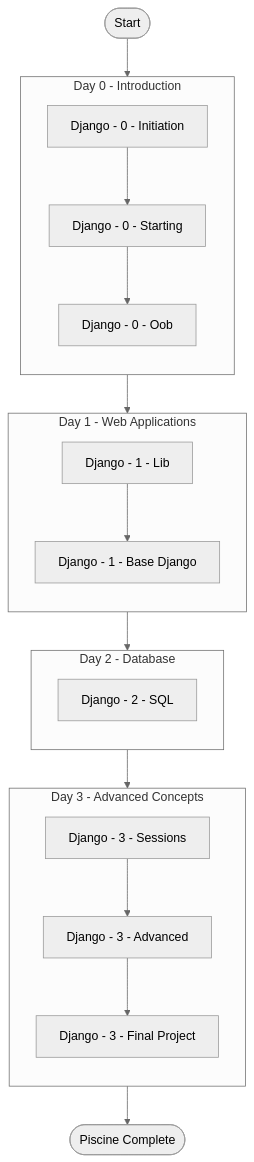
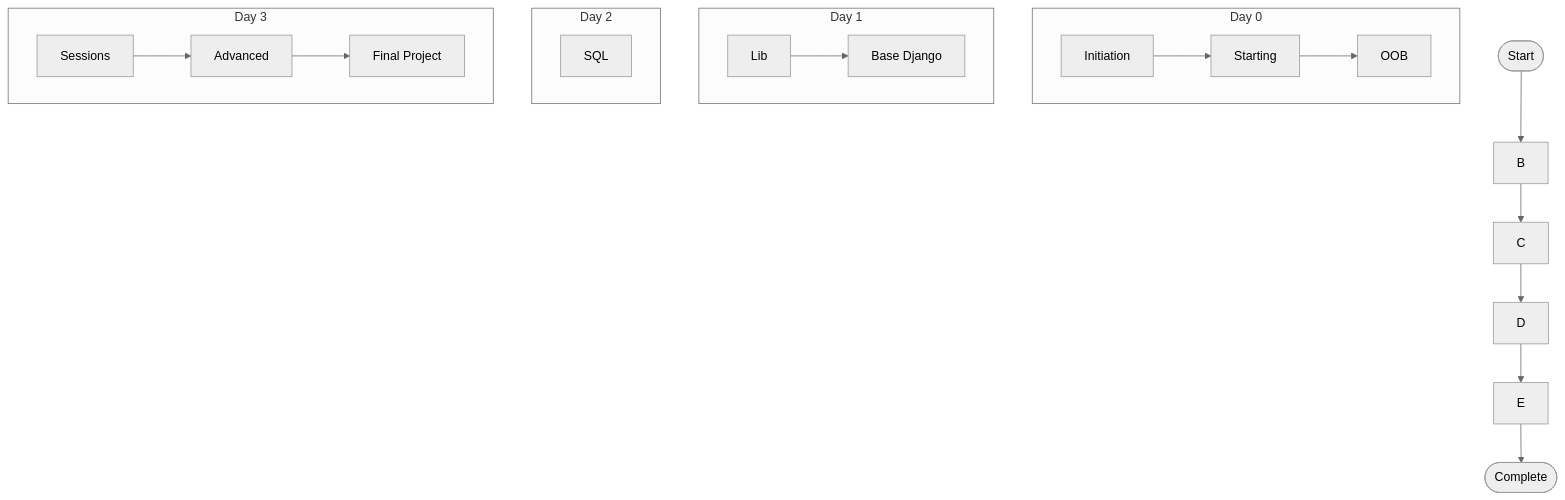
One commit to elel-m-b/Piscine-Django changed the diagram in README.md. Above: the diagram before and after it, drawn with Mermaid (neutral theme). The commit also changed other lines of this file, not shown here.

Commit message:
docs: reorganize README

````diff
--- a/README.md
+++ b/README.md
@@ -8,46 +20,42 @@
 ```mermaid
 flowchart TB
 
-    START([Start])
+    A([Start])
 
-    START --> DAY0
+    A --> B
 
-    subgraph DAY0["Day 0 - Introduction"]
-        direction TB
-        D00["Django - 0 - Initiation"]
-        D01["Django - 0 - Starting"]
-        D02["Django - 0 - Oob"]
+    subgraph "Day 0"
+        B1[Initiation]
+        B2[Starting]
+        B3[OOB]
 
-        D00 --> D01 --> D02
+        B1 --> B2 --> B3
     end
 
-    DAY0 --> DAY1
+    B --> C
 
-    subgraph DAY1["Day 1 - Web Applications"]
-        direction TB
-        D10["Django - 1 - Lib"]
-        D11["Django - 1 - Base Django"]
+    subgraph "Day 1"
+        C1[Lib]
+        C2[Base Django]
 
-        D10 --> D11
+        C1 --> C2
     end
 
-    DAY1 --> DAY2
+    C --> D
 
-    subgraph DAY2["Day 2 - Database"]
-        direction TB
-        D20["Django - 2 - SQL"]
+    subgraph "Day 2"
+        D1[SQL]
     end
 
-    DAY2 --> DAY3
+    D --> E
 
-    subgraph DAY3["Day 3 - Advanced Concepts"]
-        direction TB
-        D30["Django - 3 - Sessions"]
-        D31["Django - 3 - Advanced"]
-        D32["Django - 3 - Final Project"]
+    subgraph "Day 3"
+        E1[Sessions]
+        E2[Advanced]
+        E3[Final Project]
 
-        D30 --> D31 --> D32
+        E1 --> E2 --> E3
     end
 
-    DAY3 --> END([Piscine Complete])
+    E --> F([Complete])
 ```
````
